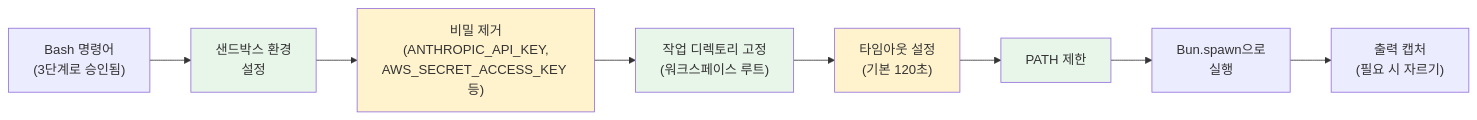
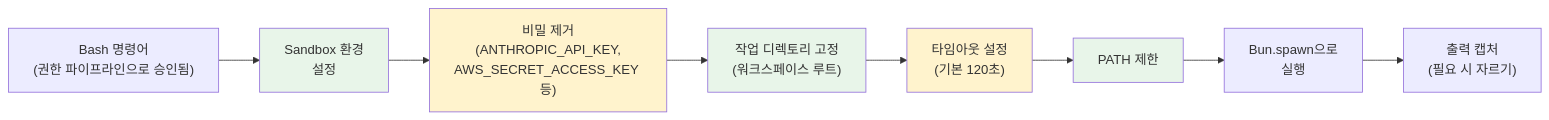
One commit to hi-space/claude-code-unpack-docs changed the fourth of 4 diagrams in docs/deep/ko/security/permission-model.md. Above: the diagram before and after it, drawn with Mermaid. The commit also changed other lines of this file and 51 other files, not shown here.

````diff
--- a/docs/deep/ko/security/permission-model.md
+++ b/docs/deep/ko/security/permission-model.md
@@ -254,16 +345,16 @@
 ```mermaid
 graph LR
-    A["Bash 명령어<br/>(3단계로 승인됨)"] --> B["샌드박스 환경<br/>설정"]
+    A["Bash 명령어<br/>(권한 파이프라인으로 승인됨)"] --> B["Sandbox 환경<br/>설정"]
     B --> C["비밀 제거<br/>(ANTHROPIC_API_KEY,<br/>AWS_SECRET_ACCESS_KEY 등)"]
     C --> D["작업 디렉토리 고정<br/>(워크스페이스 루트)"]
     D --> E["타임아웃 설정<br/>(기본 120초)"]
     E --> F["PATH 제한"]
     F --> G["Bun.spawn으로<br/>실행"]
     G --> H["출력 캡처<br/>(필요 시 자르기)"]
     
     style B fill:#e8f5e9
     style C fill:#fff3cd
     style D fill:#e8f5e9
     style E fill:#fff3cd
     style F fill:#e8f5e9
 ```
````
